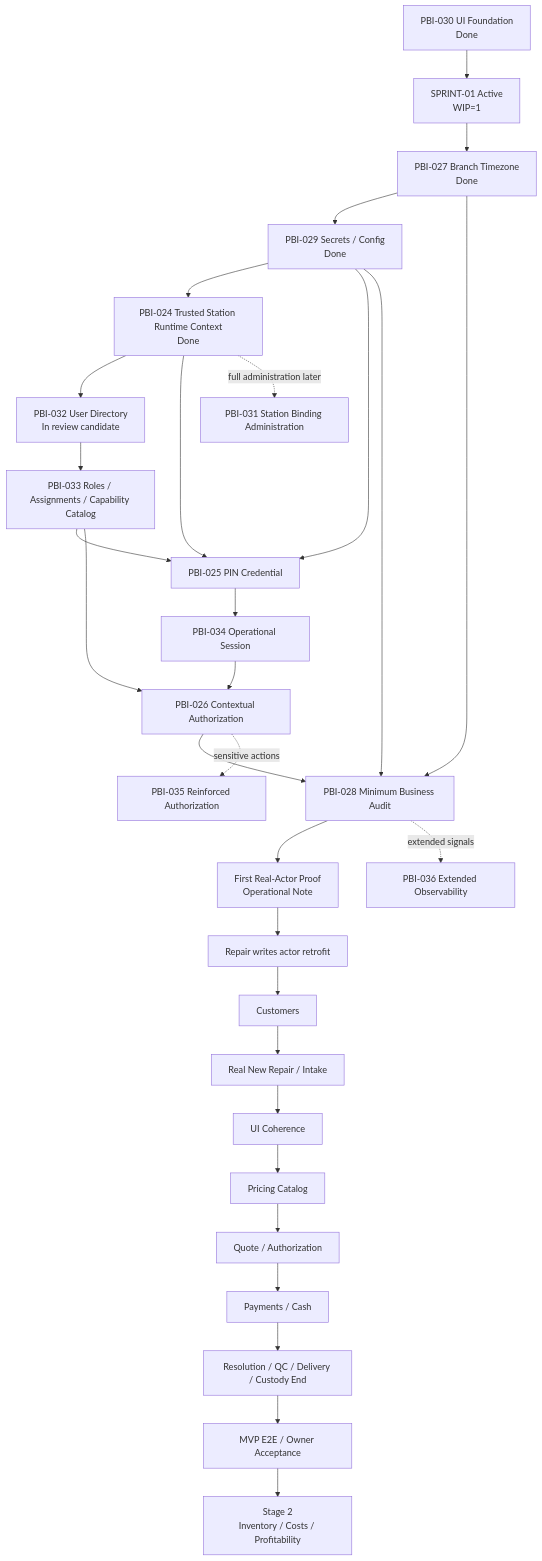
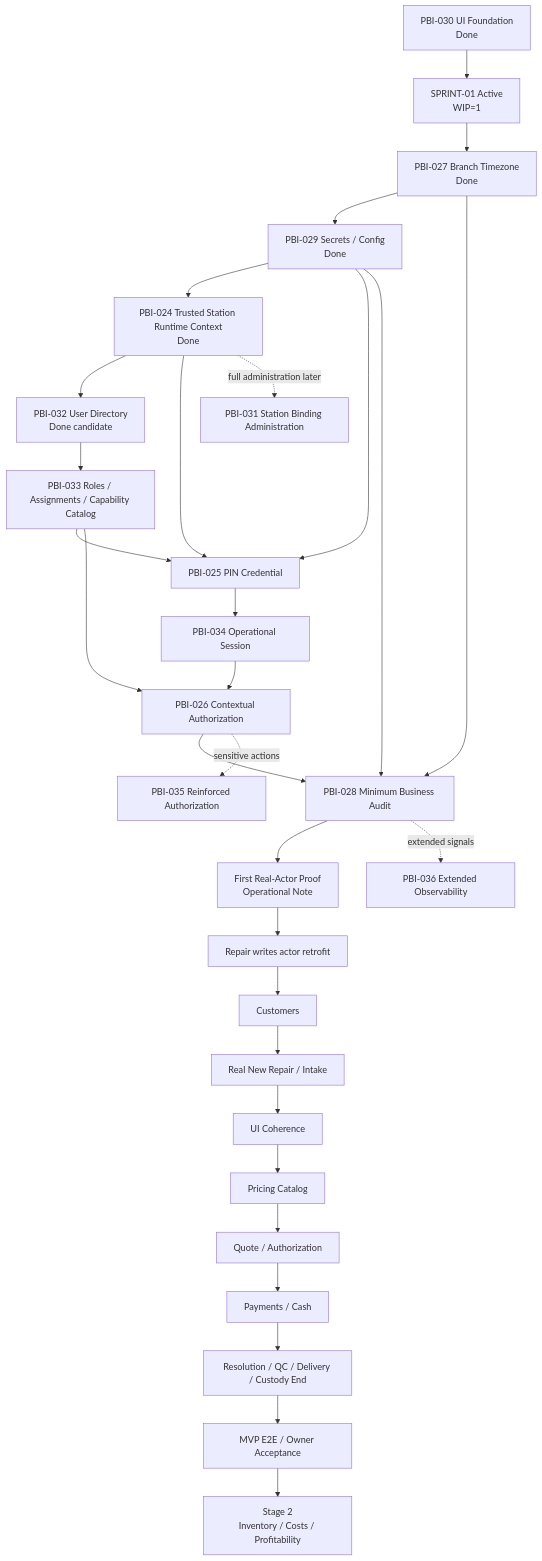
Before and after one commit to luisgtzaviles/SrTaller-2.0: the diagram in docs/backlog/DEPENDENCY_MAP.md, drawn with Mermaid. The commit also changed other lines of this file and 17 other files, not shown here.

Commit message:
docs: close pbi-032 and advance roadmap

````diff
--- a/docs/backlog/DEPENDENCY_MAP.md
+++ b/docs/backlog/DEPENDENCY_MAP.md
@@ -13,32 +13,32 @@
 ```mermaid
 flowchart TD
     P30[PBI-030 UI Foundation<br/>Done] --> S1[SPRINT-01 Active<br/>WIP=1]
     S1 --> P27[PBI-027 Branch Timezone<br/>Done]
     P27 --> P29[PBI-029 Secrets / Config<br/>Done]
     P29 --> P24[PBI-024 Trusted Station Runtime Context<br/>Done]
-    P24 --> P32[PBI-032 User Directory<br/>In review candidate]
+    P24 --> P32[PBI-032 User Directory<br/>Done candidate]
     P32 --> P33[PBI-033 Roles / Assignments / Capability Catalog]
     P33 --> P25[PBI-025 PIN Credential]
     P24 --> P25
     P29 --> P25
     P25 --> P34[PBI-034 Operational Session]
     P34 --> P26[PBI-026 Contextual Authorization]
     P33 --> P26
     P26 --> P28[PBI-028 Minimum Business Audit]
     P27 --> P28
     P29 --> P28
     P28 --> NOTE[First Real-Actor Proof<br/>Operational Note]
     NOTE --> RETRO[Repair writes actor retrofit]
     RETRO --> CUSTOMERS[Customers]
     CUSTOMERS --> INTAKE[Real New Repair / Intake]
     INTAKE --> POLISH[UI Coherence]
     POLISH --> PRICING[Pricing Catalog]
     PRICING --> QUOTE[Quote / Authorization]
     QUOTE --> MONEY[Payments / Cash]
     MONEY --> DELIVERY[Resolution / QC / Delivery / Custody End]
     DELIVERY --> MVP[MVP E2E / Owner Acceptance]
     P24 -. full administration later .-> P31[PBI-031 Station Binding Administration]
     P26 -. sensitive actions .-> P35[PBI-035 Reinforced Authorization]
     P28 -. extended signals .-> P36[PBI-036 Extended Observability]
     MVP --> STAGE2[Stage 2<br/>Inventory / Costs / Profitability]
 ```
````
